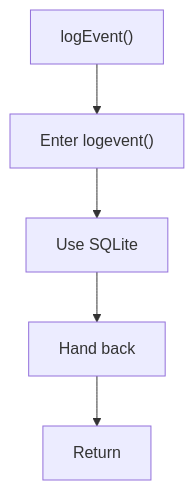
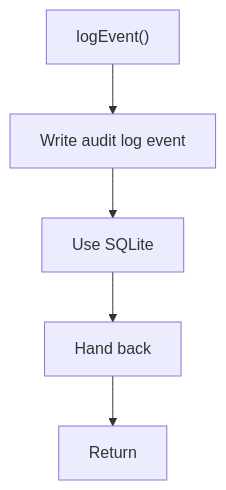
Before and after one commit to JohnAndrewBalbarosa/NeoTerritory: the second of 2 diagrams in docs/Codebase/Backend/src/services/logService.js.md, drawn with Mermaid. The commit also changed other lines of this file and 925 other files, not shown here.

````diff
--- a/docs/Codebase/Backend/src/services/logService.js.md
+++ b/docs/Codebase/Backend/src/services/logService.js.md
@@ -63,12 +62,12 @@
 ```mermaid
 flowchart TD
     Start["logEvent()"]
-    N0["Enter logevent()"]
+    N0["Write audit log event"]
     N1["Use SQLite"]
     N2["Hand back"]
     End["Return"]
     Start --> N0
     N0 --> N1
     N1 --> N2
     N2 --> End
 ```
````
